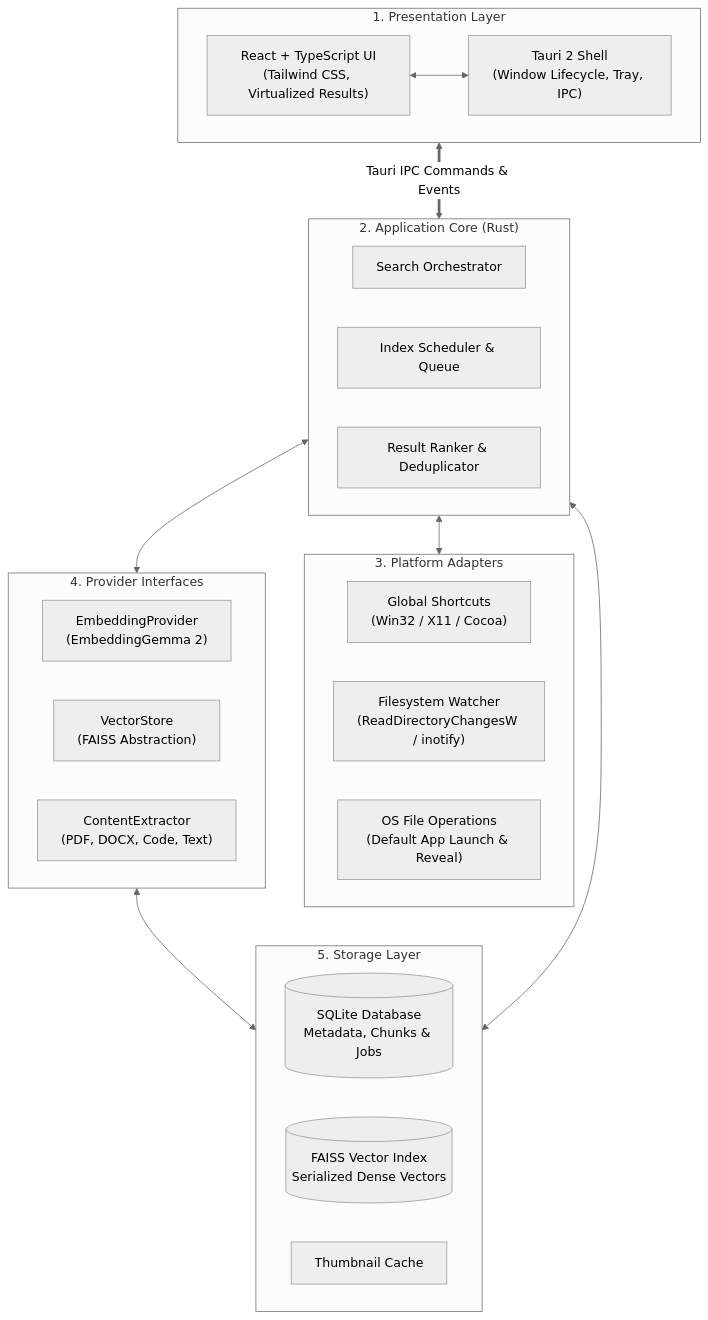
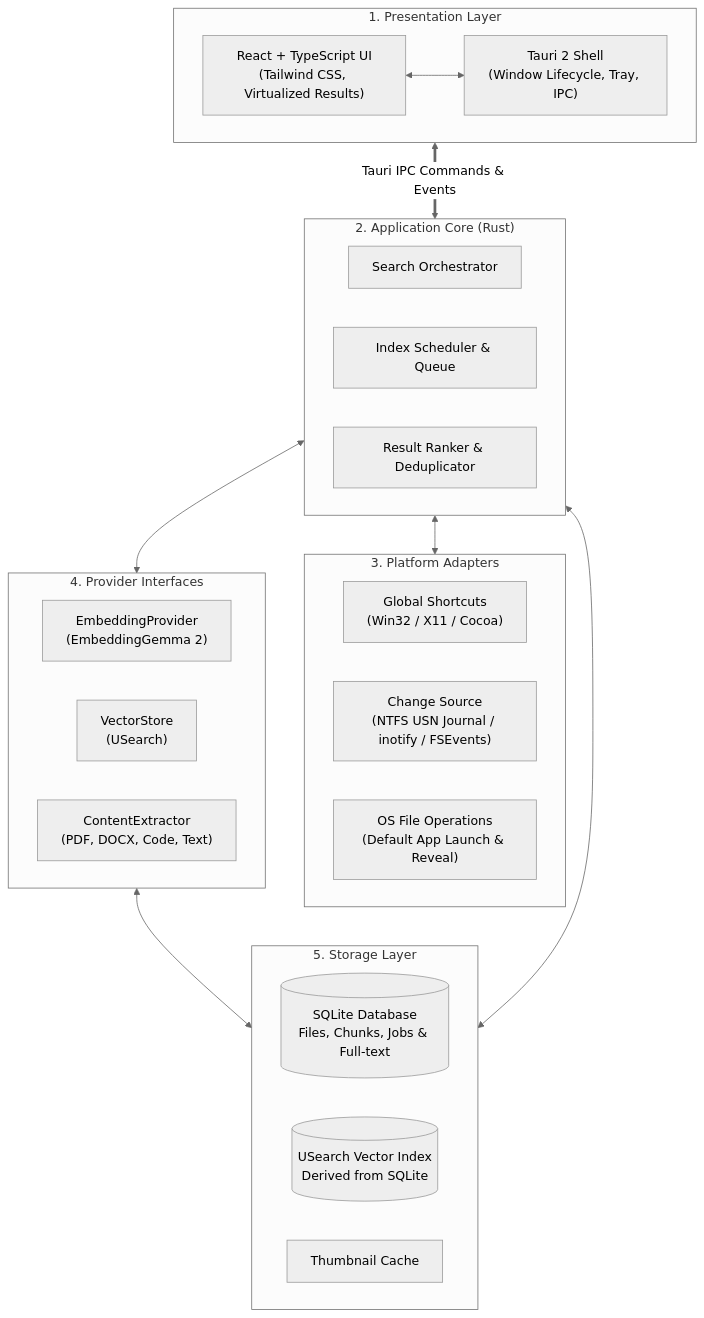
The diagram in README.md (KrisnaSantosa15/search-by-memory), drawn with Mermaid (neutral theme) before and after one commit. The commit also changed other lines of this file, not shown here.

Commit message:
docs(readme): reflect USearch, ONNX runtime, and name search

````diff
--- a/README.md
+++ b/README.md
@@ -81,38 +82,38 @@
 ```mermaid
 graph TD
     subgraph Presentation["1. Presentation Layer"]
         UI["React + TypeScript UI<br/>(Tailwind CSS, Virtualized Results)"]
         Tauri["Tauri 2 Shell<br/>(Window Lifecycle, Tray, IPC)"]
         UI <--> Tauri
     end
 
     subgraph Core["2. Application Core (Rust)"]
         Orch["Search Orchestrator"]
         Sched["Index Scheduler & Queue"]
         Rank["Result Ranker & Deduplicator"]
     end
 
     subgraph Adapters["3. Platform Adapters"]
         Hotkeys["Global Shortcuts<br/>(Win32 / X11 / Cocoa)"]
-        Watcher["Filesystem Watcher<br/>(ReadDirectoryChangesW / inotify)"]
+        Watcher["Change Source<br/>(NTFS USN Journal / inotify / FSEvents)"]
         OSOps["OS File Operations<br/>(Default App Launch & Reveal)"]
     end
 
     subgraph Providers["4. Provider Interfaces"]
         IEmbed["EmbeddingProvider<br/>(EmbeddingGemma 2)"]
-        IVector["VectorStore<br/>(FAISS Abstraction)"]
+        IVector["VectorStore<br/>(USearch)"]
         IExtract["ContentExtractor<br/>(PDF, DOCX, Code, Text)"]
     end
 
     subgraph Storage["5. Storage Layer"]
-        DB[("SQLite Database<br/>Metadata, Chunks & Jobs")]
-        VIndex[("FAISS Vector Index<br/>Serialized Dense Vectors")]
+        DB[("SQLite Database<br/>Files, Chunks, Jobs & Full-text")]
+        VIndex[("USearch Vector Index<br/>Derived from SQLite")]
         Thumb["Thumbnail Cache"]
     end
 
     Presentation <==>|Tauri IPC Commands & Events| Core
     Core <--> Adapters
     Core <--> Providers
     Providers <--> Storage
     Core <--> Storage
 ```
````
